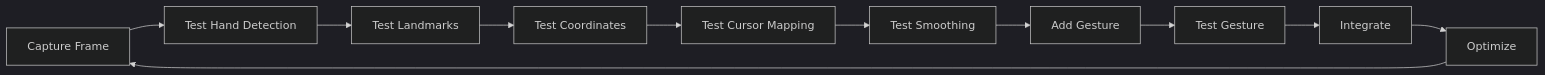
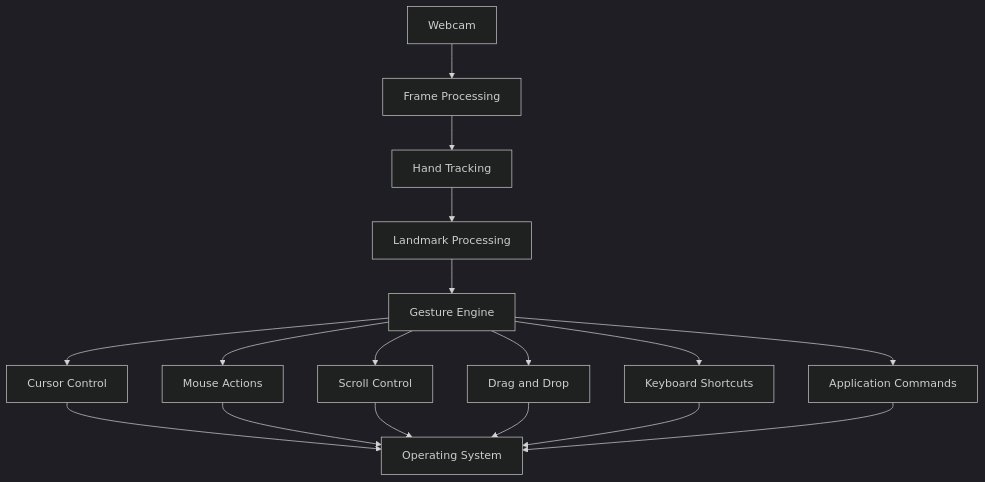
Before and after one commit to dhruvlad1/GestureFlow: the third of 3 diagrams in README.md, drawn with Mermaid (dark theme). The commit also changed other lines of this file, not shown here.

````diff
--- a/README.md
+++ b/README.md
@@ -1439,24 +1008,21 @@
 ```mermaid
-flowchart LR
-    A[Capture Frame]
-    B[Test Hand Detection]
-    C[Test Landmarks]
-    D[Test Coordinates]
-    E[Test Cursor Mapping]
-    F[Test Smoothing]
-    G[Add Gesture]
-    H[Test Gesture]
-    I[Integrate]
-    J[Optimize]
+flowchart TD
+    A[Webcam] --> B[Frame Processing]
+    B --> C[Hand Tracking]
+    C --> D[Landmark Processing]
+    D --> E[Gesture Engine]
 
-    A --> B
-    B --> C
-    C --> D
-    D --> E
-    E --> F
-    F --> G
-    G --> H
-    H --> I
-    I --> J
-    J --> A
+    E --> F[Cursor Control]
+    E --> G[Mouse Actions]
+    E --> H[Scroll Control]
+    E --> I[Drag and Drop]
+    E --> J[Keyboard Shortcuts]
+    E --> K[Application Commands]
+
+    F --> L[Operating System]
+    G --> L
+    H --> L
+    I --> L
+    J --> L
+    K --> L
 ```
````
